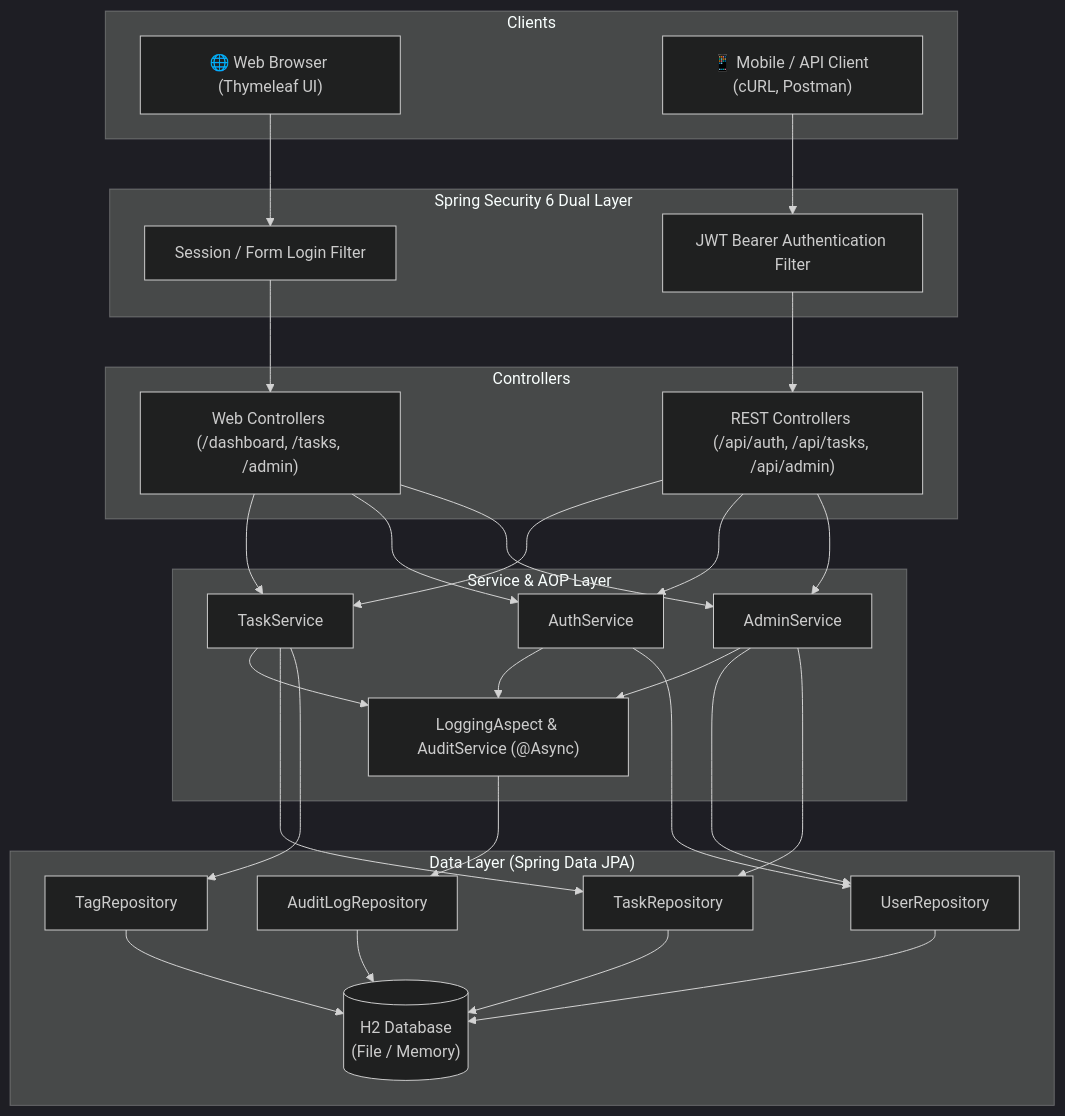
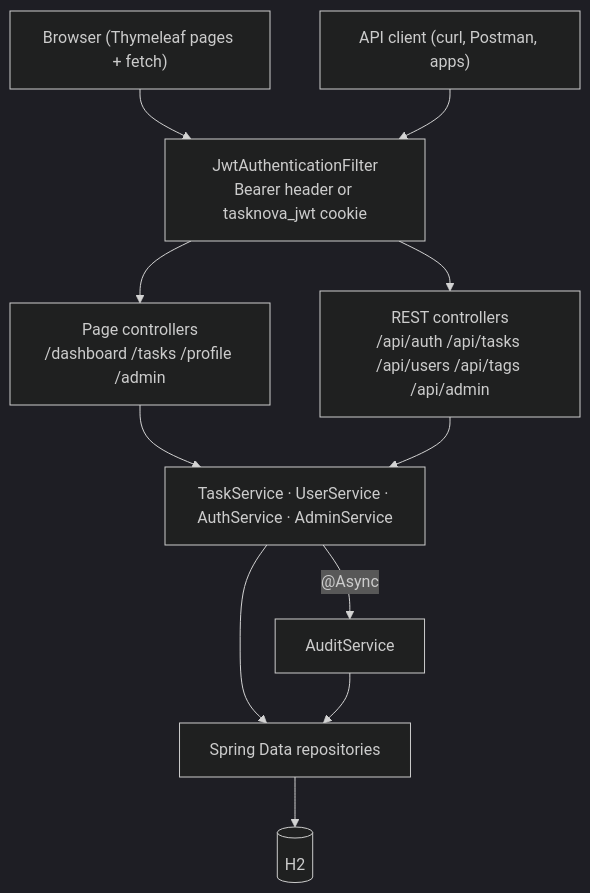
One commit to MalayShikharSoni/TaskNova changed the diagram in README.md. Above: the diagram before and after it, drawn with Mermaid (dark theme). The commit also changed other lines of this file and 84 other files, not shown here.

````diff
--- a/README.md
+++ b/README.md
@@ -107,46 +138,12 @@
 ```mermaid
 flowchart TD
-    subgraph Clients
-        Browser["🌐 Web Browser (Thymeleaf UI)"]
-        APIClient["📱 Mobile / API Client (cURL, Postman)"]
-    end
-
-    subgraph SecurityLayer ["Spring Security 6 Dual Layer"]
-        FormAuth["Session / Form Login Filter"]
-        JWTAuth["JWT Bearer Authentication Filter"]
-    end
-
-    subgraph Controllers ["Controllers"]
-        WebCtrl["Web Controllers (/dashboard, /tasks, /admin)"]
-        RestCtrl["REST Controllers (/api/auth, /api/tasks, /api/admin)"]
-    end
-
-    subgraph BusinessLayer ["Service & AOP Layer"]
-        TaskSvc["TaskService"]
-        AuthSvc["AuthService"]
-        AdminSvc["AdminService"]
-        AuditAspect["LoggingAspect & AuditService (@Async)"]
-    end
-
-    subgraph DataLayer ["Data Layer (Spring Data JPA)"]
-        UserRepo["UserRepository"]
-        TaskRepo["TaskRepository"]
-        TagRepo["TagRepository"]
-        AuditRepo["AuditLogRepository"]
-        H2DB[("H2 Database\n(File / Memory)")]
-    end
-
-    Browser --> FormAuth --> WebCtrl
-    APIClient --> JWTAuth --> RestCtrl
-
-    WebCtrl --> TaskSvc & AuthSvc & AdminSvc
-    RestCtrl --> TaskSvc & AuthSvc & AdminSvc
-
-    TaskSvc & AuthSvc & AdminSvc --> AuditAspect
-    TaskSvc --> TaskRepo & TagRepo
-    AuthSvc --> UserRepo
-    AdminSvc --> UserRepo & TaskRepo
-    AuditAspect --> AuditRepo
-
-    UserRepo & TaskRepo & TagRepo & AuditRepo --> H2DB
+    Browser["Browser (Thymeleaf pages + fetch)"] --> Filter
+    Client["API client (curl, Postman, apps)"] --> Filter
+    Filter["JwtAuthenticationFilter<br/>Bearer header or tasknova_jwt cookie"] --> Pages & Api
+    Pages["Page controllers<br/>/dashboard /tasks /profile /admin"] --> Services
+    Api["REST controllers<br/>/api/auth /api/tasks /api/users /api/tags /api/admin"] --> Services
+    Services["TaskService · UserService · AuthService · AdminService"] --> Repos
+    Services -->|"@Async"| Audit["AuditService"]
+    Audit --> Repos
+    Repos["Spring Data repositories"] --> H2[("H2")]
 ```
````
